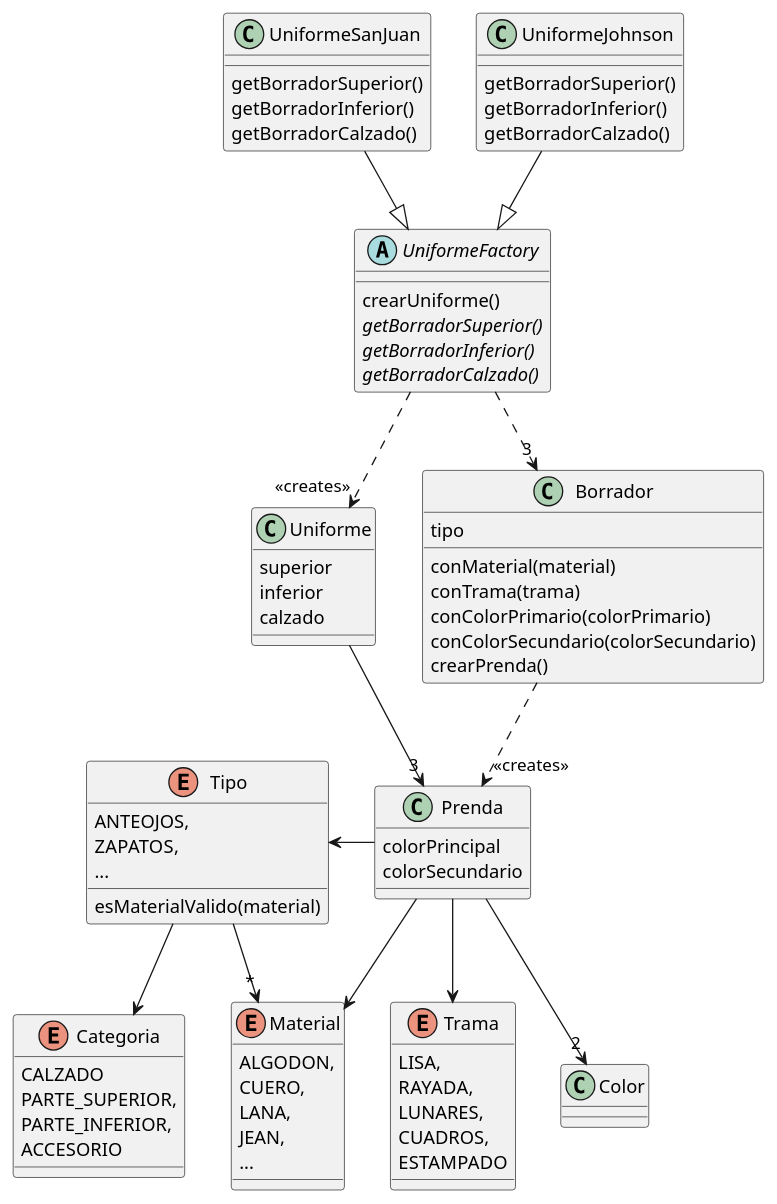
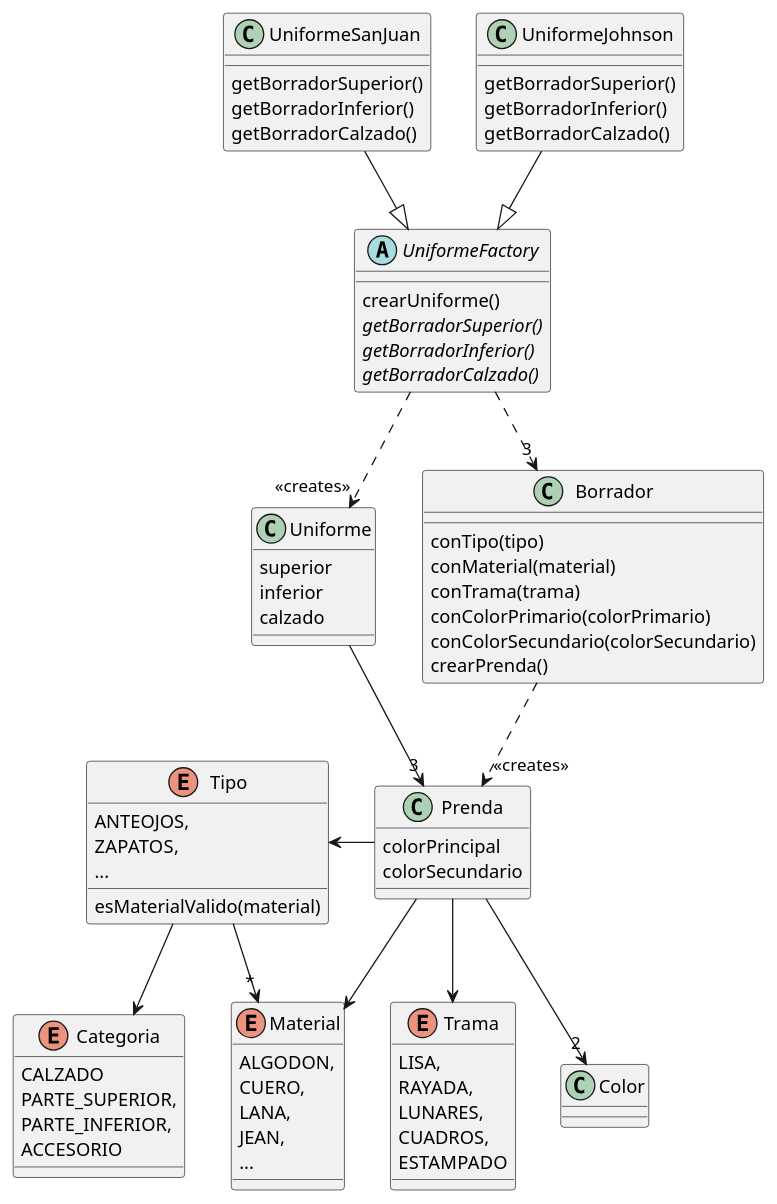
One commit to RaniAgus/dds-2022 changed the diagram in docs/diagramas/iteracion-2.puml. Above: the diagram before and after it, drawn with PlantUML. The commit also changed 3 other files, not shown here.

```diff
--- a/docs/diagramas/iteracion-2.puml
+++ b/docs/diagramas/iteracion-2.puml
@@ -1,93 +1,93 @@
 @startuml iteracion-2
 
 class UniformeSanJuan {
   getBorradorSuperior()
   getBorradorInferior()
   getBorradorCalzado()
 }
 
 class UniformeJohnson {
   getBorradorSuperior()
   getBorradorInferior()
   getBorradorCalzado()
 }
 
 UniformeSanJuan --|> UniformeFactory
 UniformeJohnson --|> UniformeFactory
 
 abstract UniformeFactory {
   crearUniforme()
   {abstract} getBorradorSuperior()
   {abstract} getBorradorInferior()
   {abstract} getBorradorCalzado()
 }
 
 UniformeFactory ..> "<<creates>>" Uniforme
 UniformeFactory ..> "3" Borrador
 
 class Uniforme {
    superior
    inferior
    calzado
 }
 
 Uniforme --> "3" Prenda
 
 class Borrador {
-  tipo
+  conTipo(tipo)
   conMaterial(material)
   conTrama(trama)
   conColorPrimario(colorPrimario)
   conColorSecundario(colorSecundario)
   crearPrenda()
 }
 
 Borrador ..> "<<creates>>" Prenda
 
 class Prenda {
  colorPrincipal
  colorSecundario
 }
 
 Prenda -left-> Tipo
 Prenda --> Material
 Prenda --> Trama
 Prenda --> "2" Color
 
 enum Material {
   ALGODON,
   CUERO,
   LANA,
   JEAN,
   ...
 }
 
 enum Trama {
   LISA,
   RAYADA,
   LUNARES,
   CUADROS,
   ESTAMPADO
 }
 
 class Color {
 }
 
 enum Tipo {
   ANTEOJOS,
   ZAPATOS,
   ...
   esMaterialValido(material)
 }
 
 Tipo --> "*" Material
 Tipo --> Categoria
 
 enum Categoria {
   CALZADO
   PARTE_SUPERIOR,
   PARTE_INFERIOR,
   ACCESORIO
 }
 
 @enduml
```
